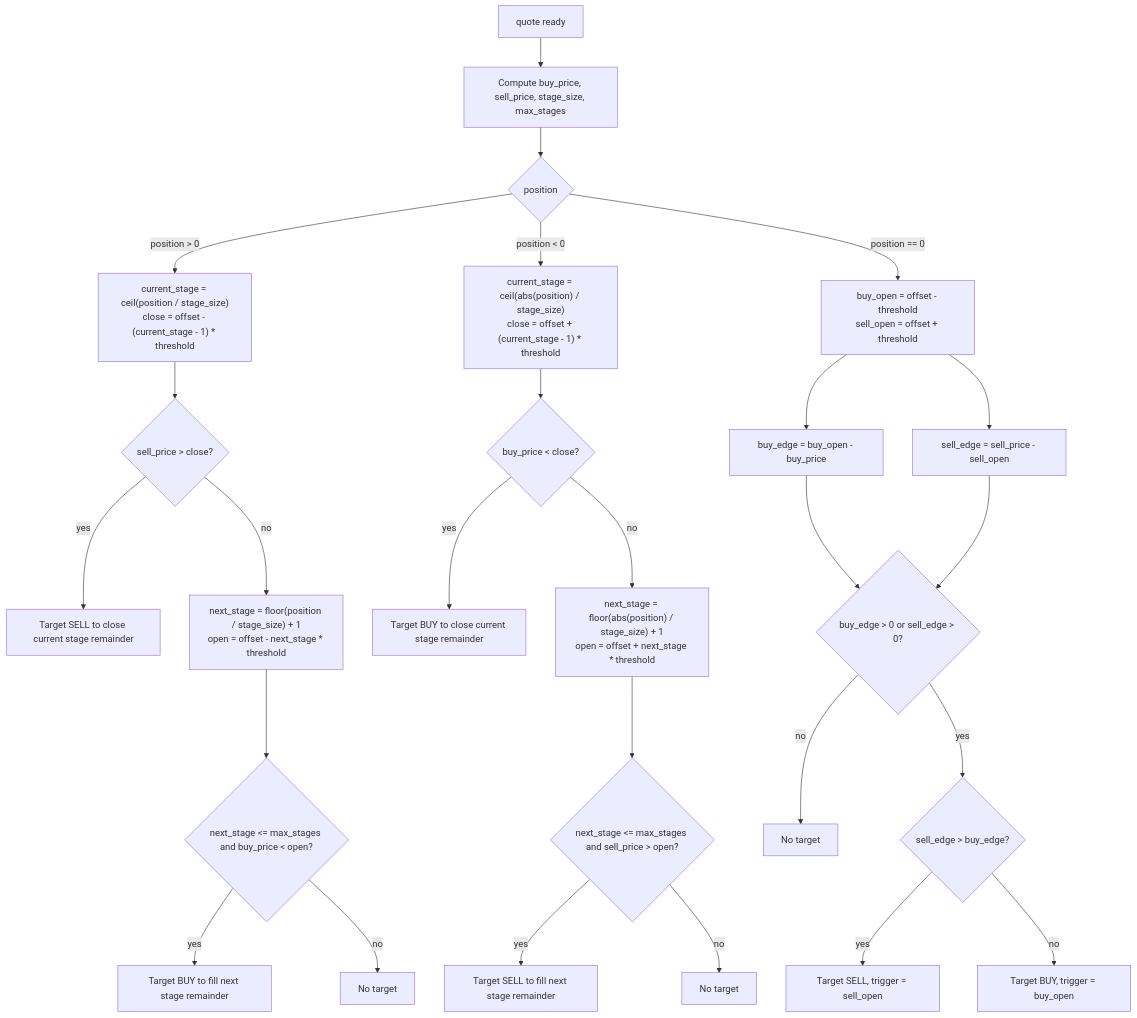
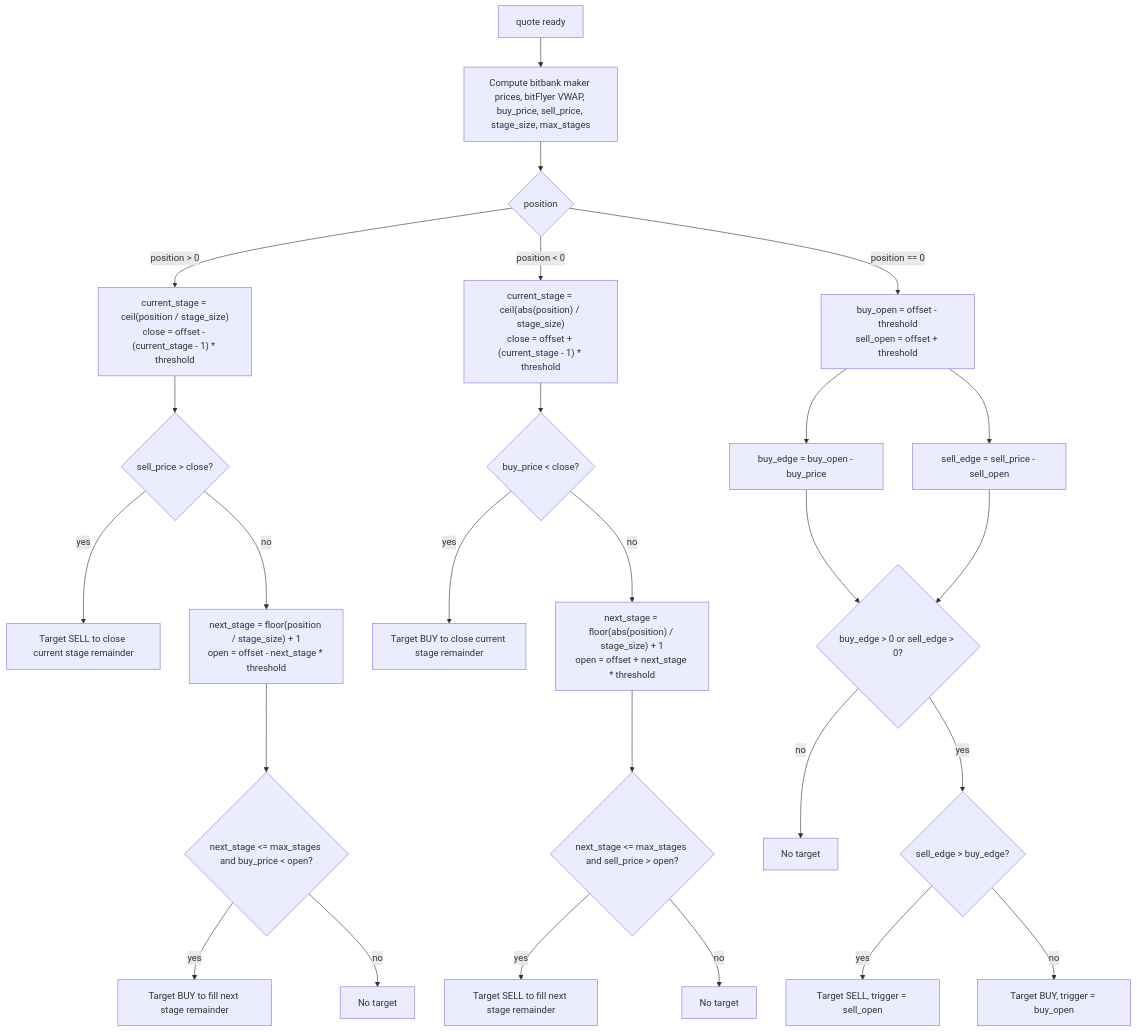
One commit to 00ken00/vibe_bot changed the second of 7 diagrams in src/vibe_bot/trades/flowchart.md. Above: the diagram before and after it, drawn with Mermaid. The commit also changed 2 other files, not shown here.

````diff
--- a/src/vibe_bot/trades/flowchart.md
+++ b/src/vibe_bot/trades/flowchart.md
@@ -40,31 +40,31 @@
 ```mermaid
 flowchart TD
-    START[quote ready] --> CALC["Compute buy_price, sell_price, stage_size, max_stages"]
+    START[quote ready] --> CALC["Compute bitbank maker prices, bitFlyer VWAP, buy_price, sell_price, stage_size, max_stages"]
     CALC --> POS{position}
 
     POS -- position > 0 --> LS["current_stage = ceil(position / stage_size)<br/>close = offset - (current_stage - 1) * threshold"]
     LS --> LC{"sell_price > close?"}
     LC -- yes --> CLOSE_LONG["Target SELL to close current stage remainder"]
     LC -- no --> LN["next_stage = floor(position / stage_size) + 1<br/>open = offset - next_stage * threshold"]
     LN --> LPC{"next_stage <= max_stages and buy_price < open?"}
     LPC -- yes --> COMPLETE_LONG["Target BUY to fill next stage remainder"]
     LPC -- no --> NONE1[No target]
 
     POS -- position < 0 --> SS["current_stage = ceil(abs(position) / stage_size)<br/>close = offset + (current_stage - 1) * threshold"]
     SS --> SC{"buy_price < close?"}
     SC -- yes --> CLOSE_SHORT["Target BUY to close current stage remainder"]
     SC -- no --> SN["next_stage = floor(abs(position) / stage_size) + 1<br/>open = offset + next_stage * threshold"]
     SN --> SPC{"next_stage <= max_stages and sell_price > open?"}
     SPC -- yes --> COMPLETE_SHORT["Target SELL to fill next stage remainder"]
     SPC -- no --> NONE2[No target]
 
     POS -- position == 0 --> ENTRY["buy_open = offset - threshold<br/>sell_open = offset + threshold"]
     ENTRY --> BE[buy_edge = buy_open - buy_price]
     ENTRY --> SE[sell_edge = sell_price - sell_open]
     BE --> EDGE{"buy_edge > 0 or sell_edge > 0?"}
     SE --> EDGE
     EDGE -- no --> NONE3[No target]
     EDGE -- yes --> COMP{"sell_edge > buy_edge?"}
     COMP -- yes --> OPEN_SHORT[Target SELL, trigger = sell_open]
     COMP -- no --> OPEN_LONG[Target BUY, trigger = buy_open]
 ```
````
